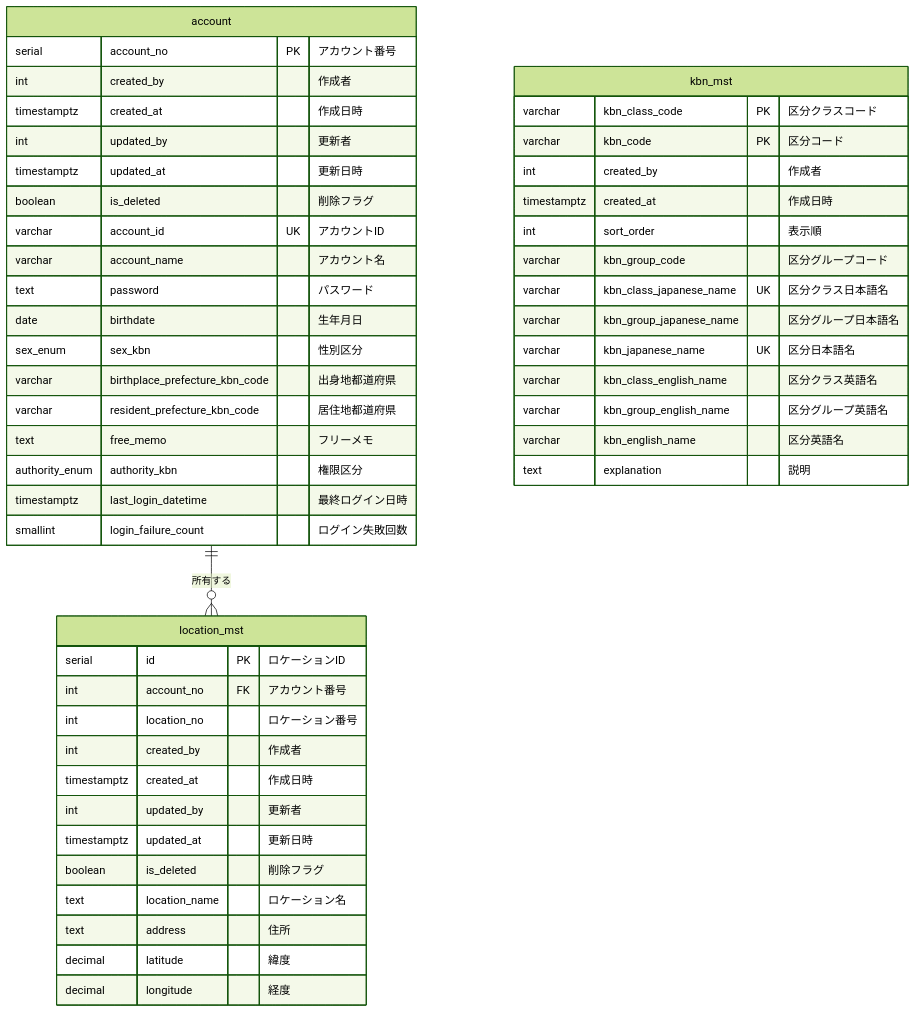
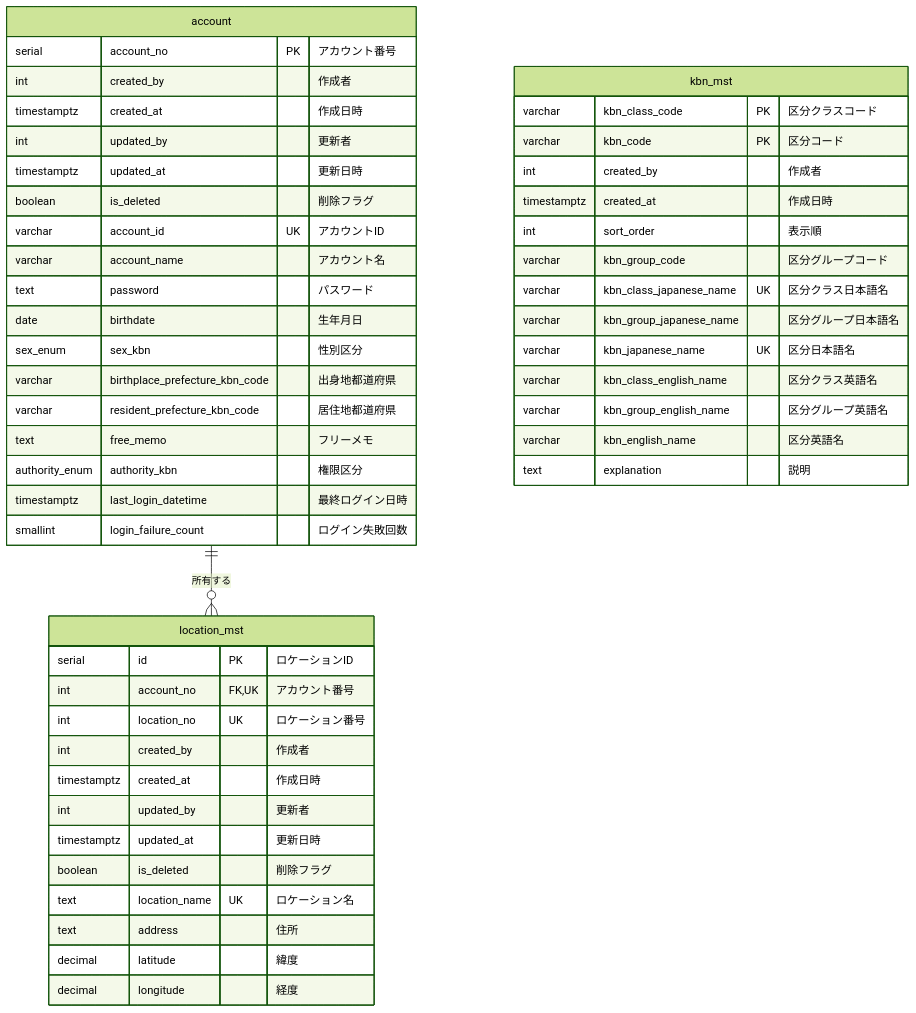
Before and after one commit to KentoKodama214/WebGallary: the second of 3 diagrams in doc/database/er-diagram.md, drawn with Mermaid (forest theme). The commit also changed other lines of this file, not shown here.

Commit message:
ER図のlocation_mstにユニークキー制約（location_no_unique, location_name_unique）を追加

````diff
--- a/doc/database/er-diagram.md
+++ b/doc/database/er-diagram.md
@@ -117,55 +117,55 @@
 ```mermaid
 erDiagram
     account {
         serial account_no PK "アカウント番号"
         int created_by "作成者"
         timestamptz created_at "作成日時"
         int updated_by "更新者"
         timestamptz updated_at "更新日時"
         boolean is_deleted "削除フラグ"
         varchar account_id UK "アカウントID"
         varchar account_name "アカウント名"
         text password "パスワード"
         date birthdate "生年月日"
         sex_enum sex_kbn "性別区分"
         varchar birthplace_prefecture_kbn_code "出身地都道府県"
         varchar resident_prefecture_kbn_code "居住地都道府県"
         text free_memo "フリーメモ"
         authority_enum authority_kbn "権限区分"
         timestamptz last_login_datetime "最終ログイン日時"
         smallint login_failure_count "ログイン失敗回数"
     }
 
     kbn_mst {
         varchar kbn_class_code PK "区分クラスコード"
         varchar kbn_code PK "区分コード"
         int created_by "作成者"
         timestamptz created_at "作成日時"
         int sort_order "表示順"
         varchar kbn_group_code "区分グループコード"
         varchar kbn_class_japanese_name UK "区分クラス日本語名"
         varchar kbn_group_japanese_name "区分グループ日本語名"
         varchar kbn_japanese_name UK "区分日本語名"
         varchar kbn_class_english_name "区分クラス英語名"
         varchar kbn_group_english_name "区分グループ英語名"
         varchar kbn_english_name "区分英語名"
         text explanation "説明"
     }
 
     location_mst {
         serial id PK "ロケーションID"
-        int account_no FK "アカウント番号"
-        int location_no "ロケーション番号"
+        int account_no FK,UK "アカウント番号"
+        int location_no UK "ロケーション番号"
         int created_by "作成者"
         timestamptz created_at "作成日時"
         int updated_by "更新者"
         timestamptz updated_at "更新日時"
         boolean is_deleted "削除フラグ"
-        text location_name "ロケーション名"
+        text location_name UK "ロケーション名"
         text address "住所"
         decimal latitude "緯度"
         decimal longitude "経度"
     }
 
     account ||--o{ location_mst : "所有する"
 ```
````
